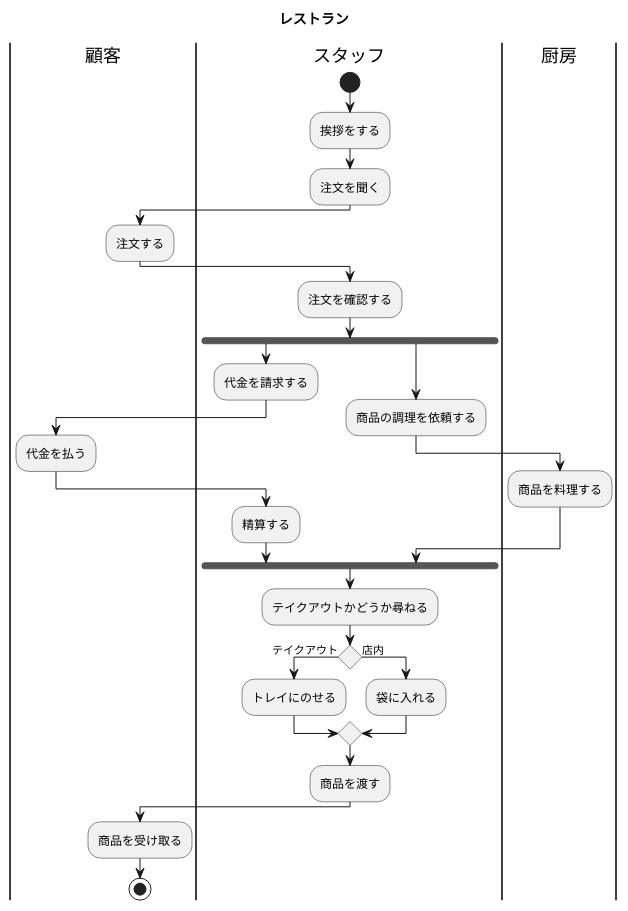
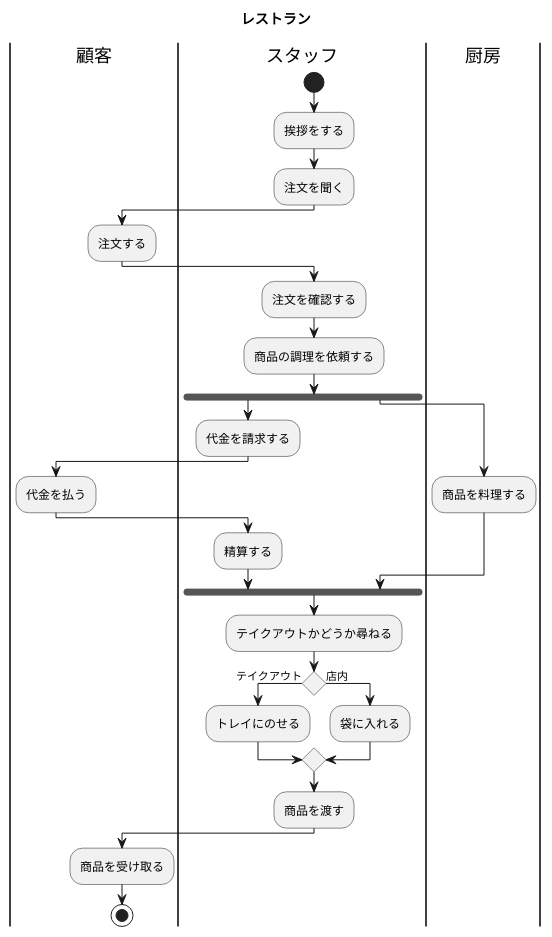
Before and after one commit to koha0516/uml-introduction: the diagram in 演習7-4-2_AC_ハンバーガーショップ.pu, drawn with PlantUML. The commit also changed other lines of this file, not shown here.

```diff
--- a/演習7-4-2_AC_ハンバーガーショップ.pu
+++ b/演習7-4-2_AC_ハンバーガーショップ.pu
@@ -1,37 +1,37 @@
 @startuml レストラン
 title レストラン
 |顧客|
 |スタッフ|
 start
 :挨拶をする;
 :注文を聞く;
 |顧客|
 :注文する;
 |スタッフ|
 :注文を確認する;
+|スタッフ|
+:商品の調理を依頼する;
 fork
 |スタッフ|
 :代金を請求する;
 |顧客|
 :代金を払う;
 |スタッフ|
 :精算する;
 fork again
-|スタッフ|
-:商品の調理を依頼する;
 |厨房|
 :商品を料理する;
 |スタッフ|
 end fork
 :テイクアウトかどうか尋ねる;
 if () is (テイクアウト) then
 :トレイにのせる;
 else (店内)
 :袋に入れる;
 endIf
 :商品を渡す;
 
 |顧客|
 :商品を受け取る;
 stop
 @enduml
```
